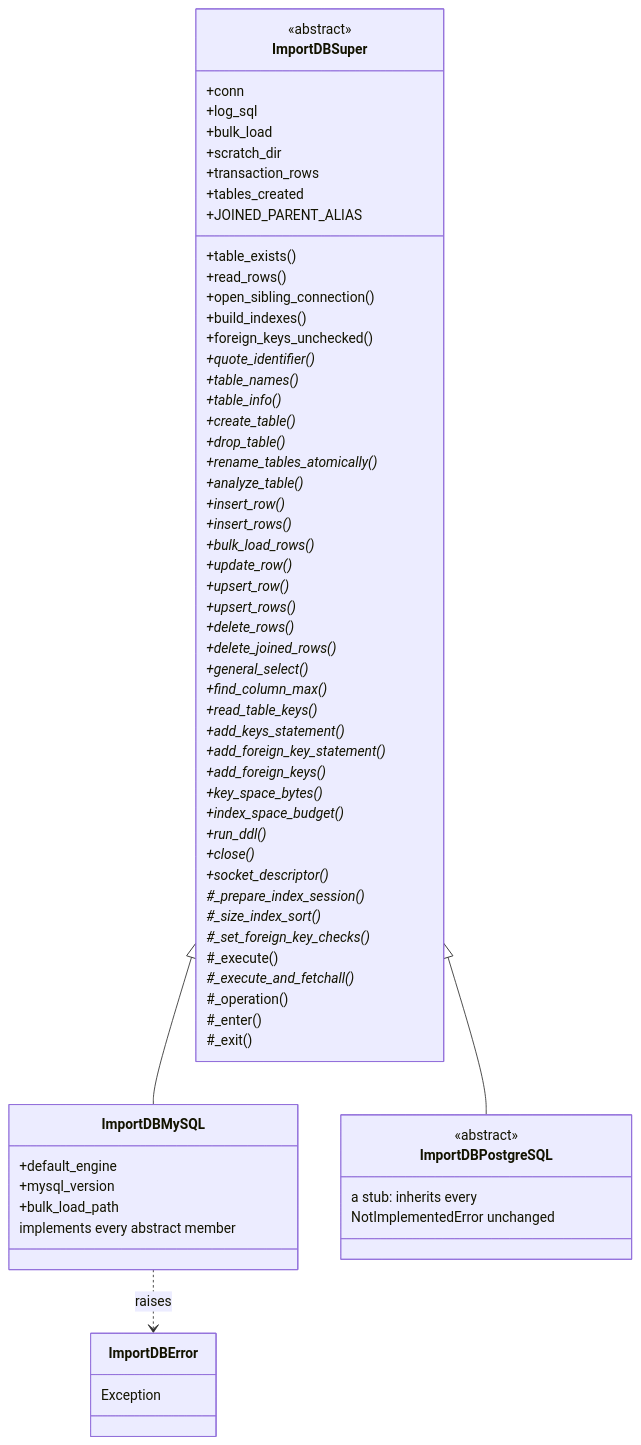
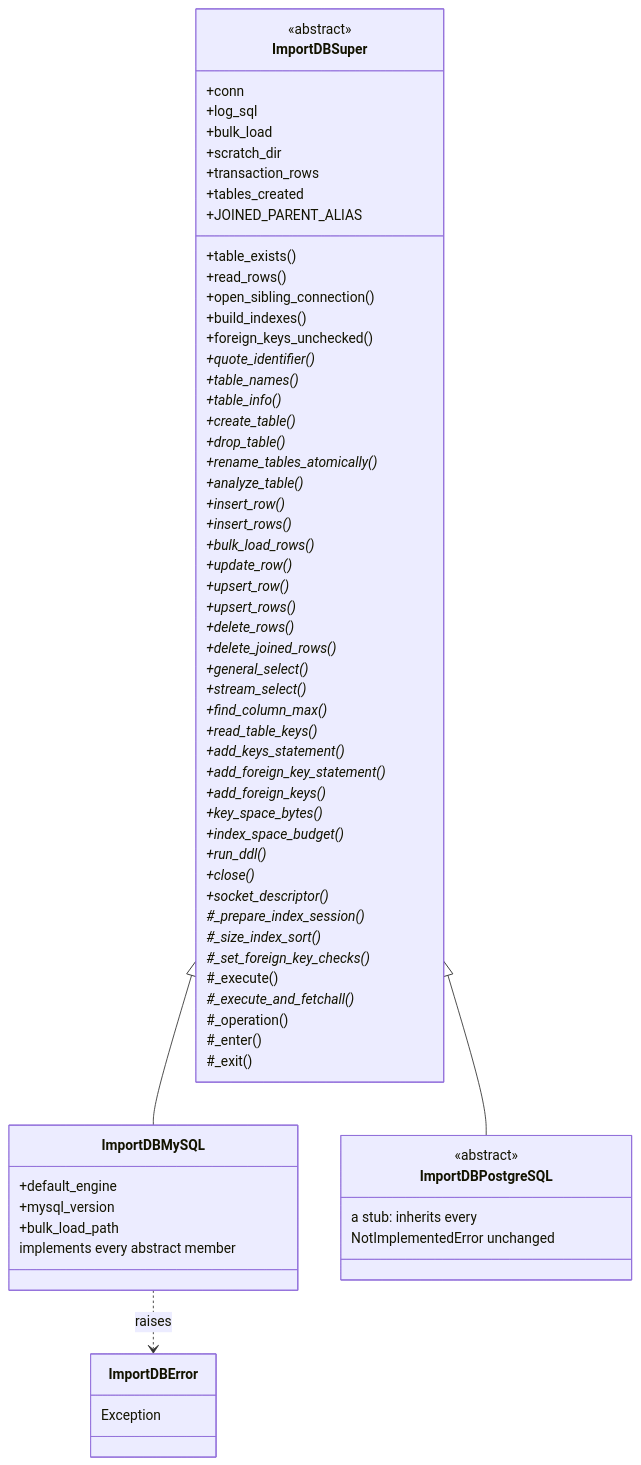
Before and after one commit to SETI/rms-opus: the diagram in docs/dev_guide_import_db.rst, drawn with Mermaid. The commit also changed other lines of this file and 21 other files, not shown here.

```diff
--- a/docs/dev_guide_import_db.rst
+++ b/docs/dev_guide_import_db.rst
@@ -25,71 +25,72 @@
 .. mermaid::
     :zoom:
 
     classDiagram
         class ImportDBSuper {
             <<abstract>>
             +conn
             +log_sql
             +bulk_load
             +scratch_dir
             +transaction_rows
             +tables_created
             +JOINED_PARENT_ALIAS
             +table_exists()
             +read_rows()
             +open_sibling_connection()
             +build_indexes()
             +foreign_keys_unchecked()
             +quote_identifier()*
             +table_names()*
             +table_info()*
             +create_table()*
             +drop_table()*
             +rename_tables_atomically()*
             +analyze_table()*
             +insert_row()*
             +insert_rows()*
             +bulk_load_rows()*
             +update_row()*
             +upsert_row()*
             +upsert_rows()*
             +delete_rows()*
             +delete_joined_rows()*
             +general_select()*
+            +stream_select()*
             +find_column_max()*
             +read_table_keys()*
             +add_keys_statement()*
             +add_foreign_key_statement()*
             +add_foreign_keys()*
             +key_space_bytes()*
             +index_space_budget()*
             +run_ddl()*
             +close()*
             +socket_descriptor()*
             #_prepare_index_session()*
             #_size_index_sort()*
             #_set_foreign_key_checks()*
             #_execute()
             #_execute_and_fetchall()*
             #_operation()
             #_enter()
             #_exit()
         }
         class ImportDBMySQL {
             +default_engine
             +mysql_version
             +bulk_load_path
             implements every abstract member
         }
         class ImportDBPostgreSQL {
             <<abstract>>
             a stub: inherits every
             NotImplementedError unchanged
         }
         class ImportDBError {
             Exception
         }
 
         ImportDBSuper <|-- ImportDBMySQL
         ImportDBSuper <|-- ImportDBPostgreSQL
         ImportDBMySQL ..> ImportDBError : raises
```
